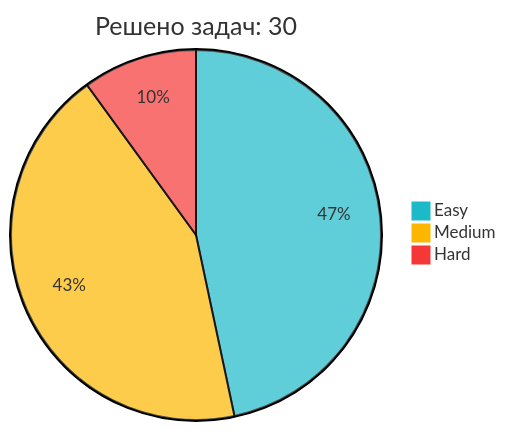
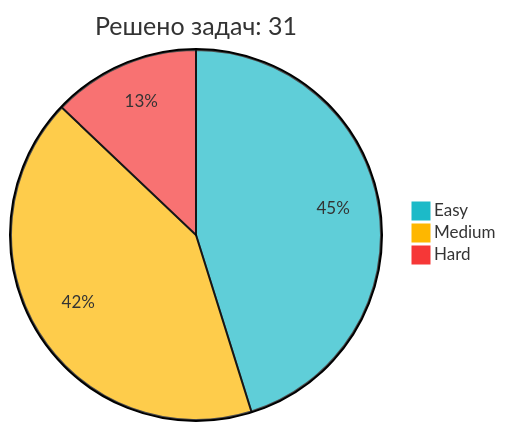
Before and after one commit to IliaKurdukov/IliaKurdukov: the diagram in README.md, drawn with Mermaid. The commit also changed other lines of this file, not shown here.

Commit message:
📈 Обновление статистики LeetCode

````diff
--- a/README.md
+++ b/README.md
@@ -51,7 +51,7 @@
 ```mermaid
 %%{init: {'theme': 'base', 'themeVariables': { 'pie1': '#1CBAC8', 'pie2': '#FEB700', 'pie3': '#F63737' }, 'config': {'width': 300, 'height': 200}}}%%
-pie title Решено задач: 30
+pie title Решено задач: 31
    "Easy" : 14
    "Medium" : 13
-   "Hard" : 3
+   "Hard" : 4
 ```
````
